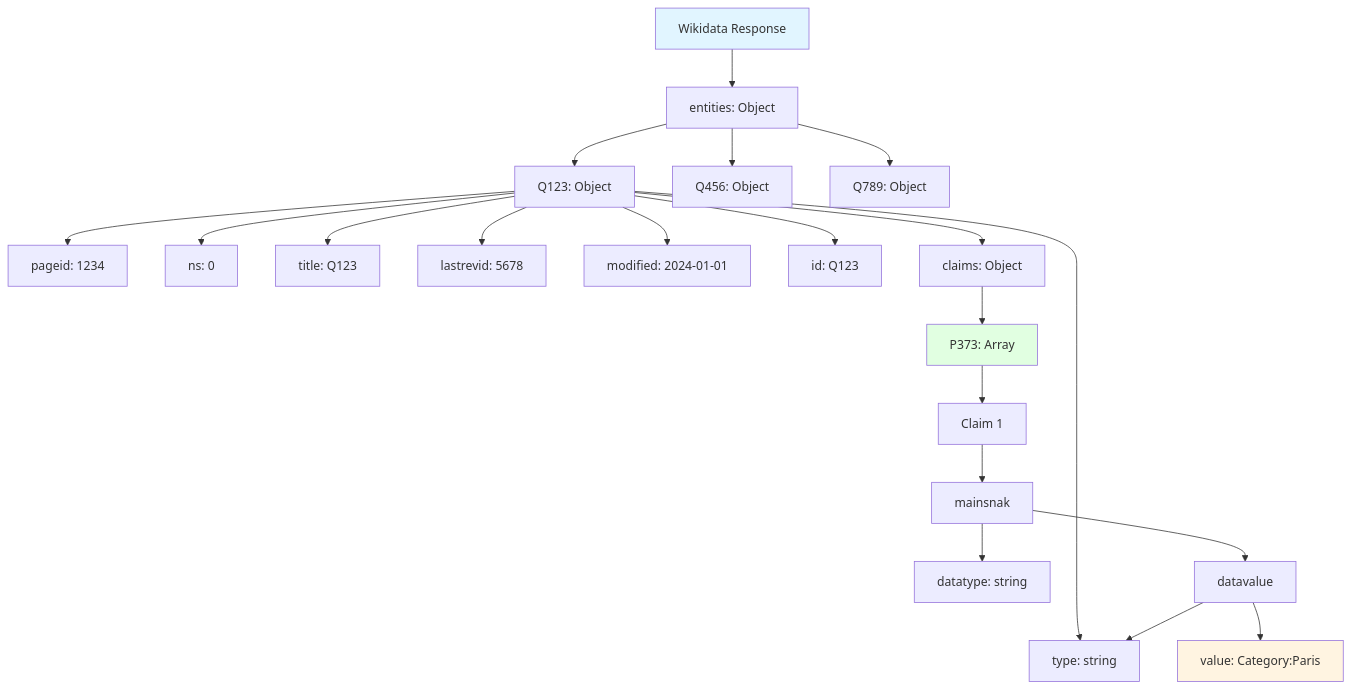
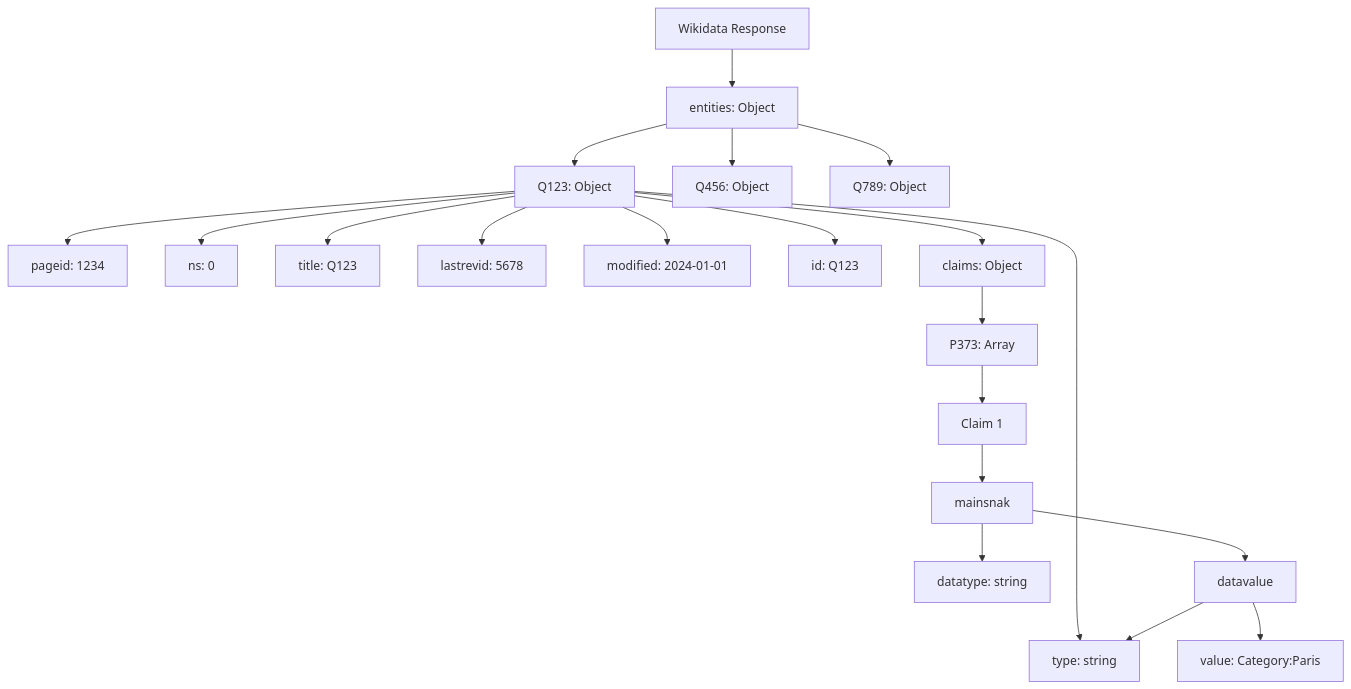
One commit to DaxServer/geocode-commons-categories changed diagram 13 of 19 in docs/import/api-interactions.md. Above: the diagram before and after it, drawn with Mermaid. The commit also changed other lines of this file and 5 other files, not shown here.

````diff
--- a/docs/import/api-interactions.md
+++ b/docs/import/api-interactions.md
@@ -402,33 +374,30 @@
 ```mermaid
 graph TD
     ROOT[Wikidata Response]
 
     ROOT --> ENTITIES[entities: Object]
 
     ENTITIES --> E1[Q123: Object]
     ENTITIES --> E2[Q456: Object]
     ENTITIES --> EN[Q789: Object]
 
     E1 --> PAGEID[pageid: 1234]
     E1 --> NS[ns: 0]
     E1 --> TITLE[title: Q123]
     E1 --> LASTREV[lastrevid: 5678]
     E1 --> MODIFIED[modified: 2024-01-01]
     E1 --> TYPE[type: item]
     E1 --> ID[id: Q123]
     E1 --> CLAIMS[claims: Object]
 
     CLAIMS --> P373[P373: Array]
 
     P373 --> CLAIM_1[Claim 1]
     CLAIM_1 --> MAINSNAK[mainsnak]
     MAINSNAK --> DATATYPE[datatype: string]
     MAINSNAK --> DATAVALUE[datavalue]
 
     DATAVALUE --> VALUE[value: Category:Paris]
     DATAVALUE --> TYPE[type: string]
 
-    style ROOT fill:#e1f5ff
-    style P373 fill:#e1ffe1
-    style VALUE fill:#fff4e1
 ```
````
